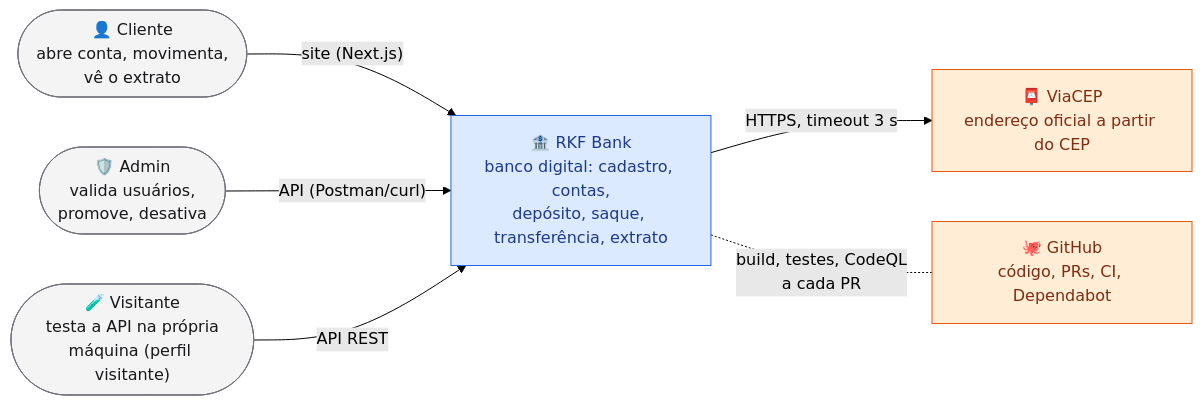
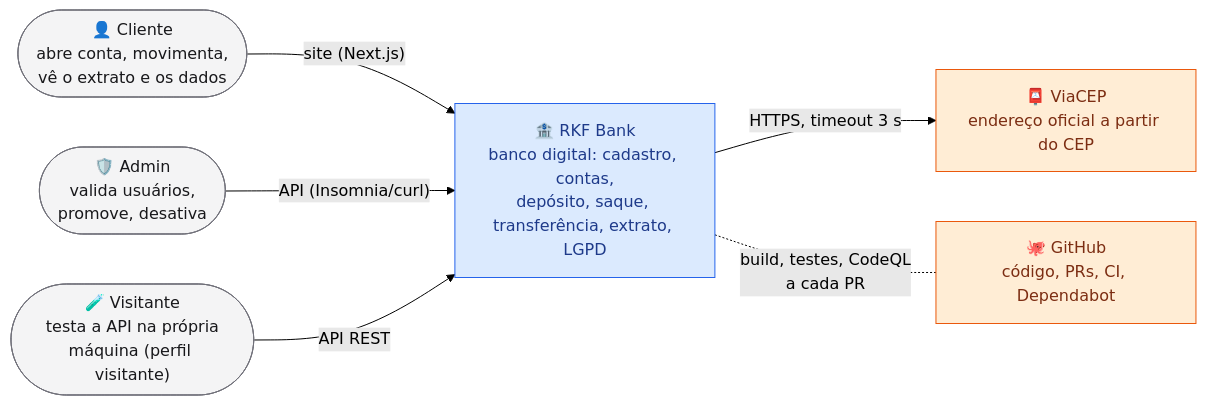
Before and after one commit to k3vinrich4rd/rkf_bank: the first of 11 diagrams in FLUXOS.md, drawn with Mermaid (forest theme). The commit also changed other lines of this file and 19 other files, not shown here.

````diff
--- a/FLUXOS.md
+++ b/FLUXOS.md
@@ -22,21 +29,21 @@
 ```mermaid
 flowchart LR
     classDef pessoa fill:#f4f4f5,stroke:#71717a,color:#18181b
     classDef nosso fill:#dbeafe,stroke:#2563eb,color:#1e3a8a
     classDef terceiro fill:#ffedd5,stroke:#ea580c,color:#7c2d12
 
-    C(["👤 Cliente<br/>abre conta, movimenta,<br/>vê o extrato"]):::pessoa
+    C(["👤 Cliente<br/>abre conta, movimenta,<br/>vê o extrato e os dados"]):::pessoa
     A(["🛡️ Admin<br/>valida usuários,<br/>promove, desativa"]):::pessoa
     V(["🧪 Visitante<br/>testa a API na própria<br/>máquina (perfil visitante)"]):::pessoa
 
-    RKF["🏦 RKF Bank<br/>banco digital: cadastro, contas,<br/>depósito, saque, transferência, extrato"]:::nosso
+    RKF["🏦 RKF Bank<br/>banco digital: cadastro, contas,<br/>depósito, saque, transferência, extrato, LGPD"]:::nosso
 
     VC["📮 ViaCEP<br/>endereço oficial a partir do CEP"]:::terceiro
     GH["🐙 GitHub<br/>código, PRs, CI, Dependabot"]:::terceiro
 
     C -->|"site (Next.js)"| RKF
-    A -->|"API (Postman/curl)"| RKF
+    A -->|"API (Insomnia/curl)"| RKF
     V -->|"API REST"| RKF
     RKF -->|"HTTPS, timeout 3 s"| VC
     RKF -. "build, testes, CodeQL<br/>a cada PR" .- GH
 ```
````
